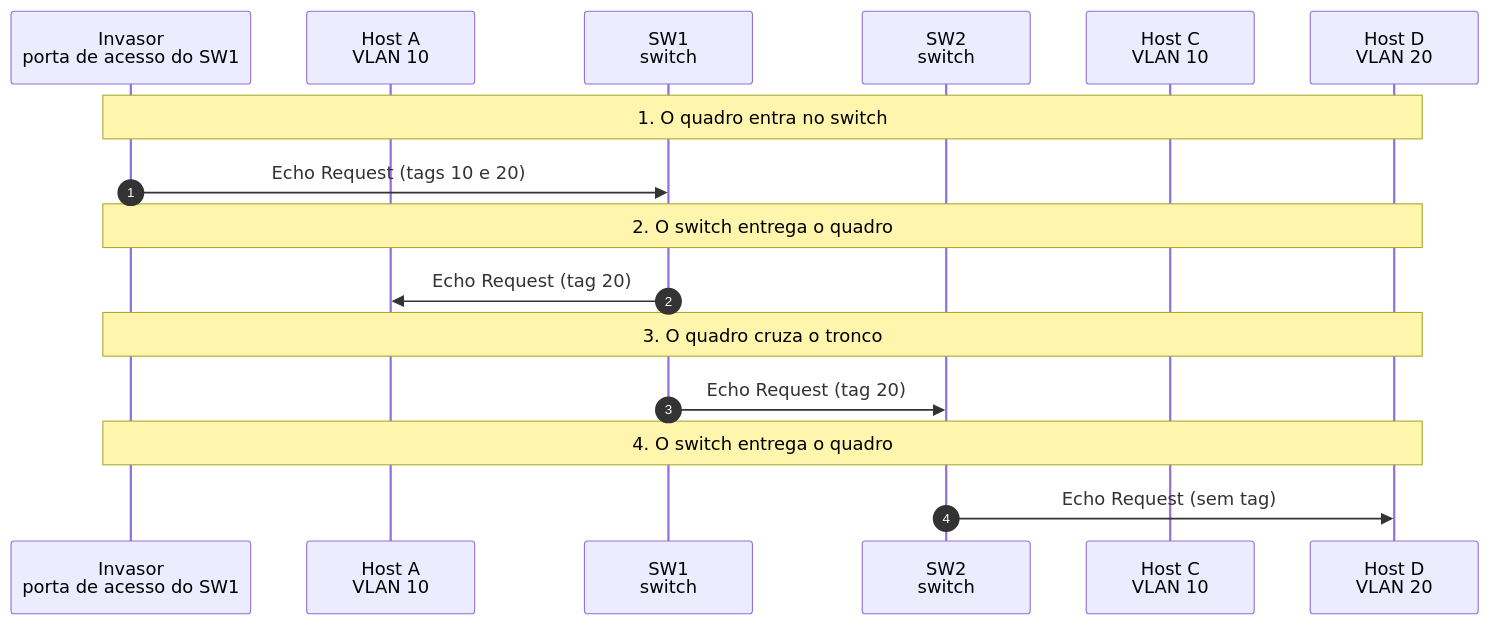
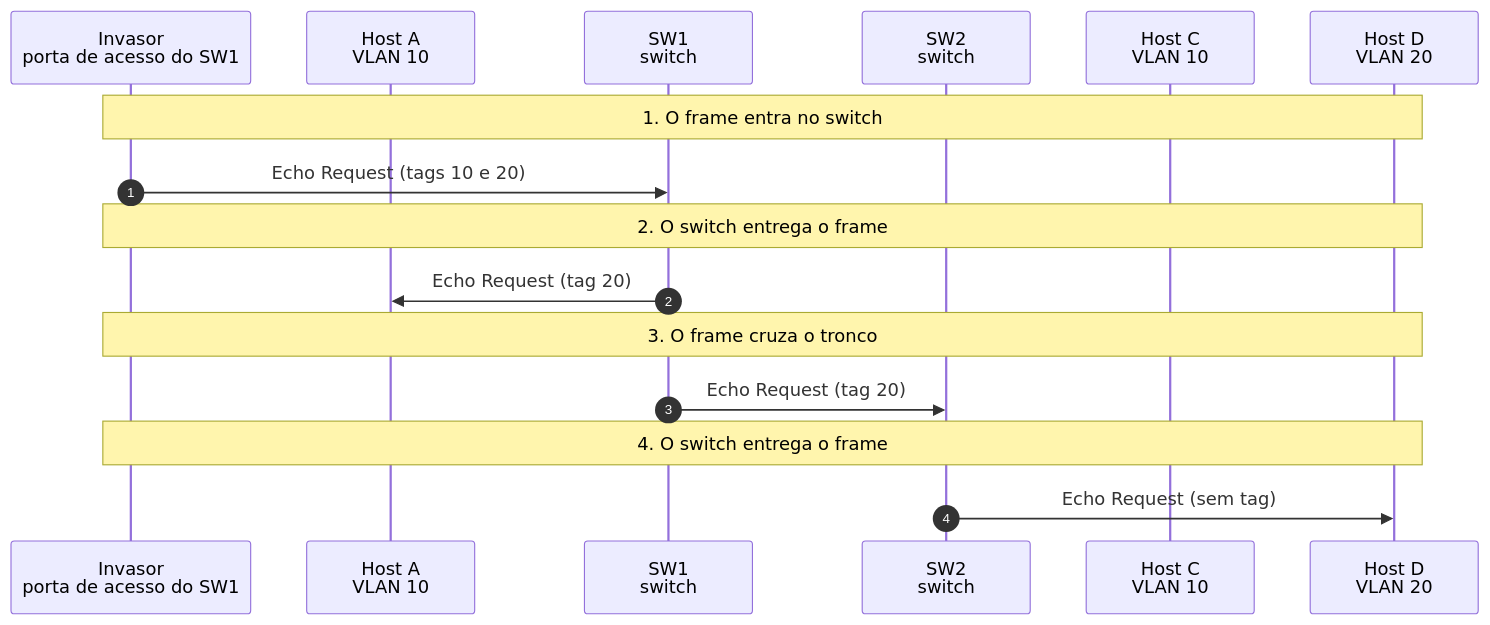
Diagram 28 of 29 in docs/simuladores/vlan.md (emanuel-bs/simul-net), drawn with Mermaid before and after one commit. The commit also changed other lines of this file and 96 other files, not shown here.

````diff
--- a/docs/simuladores/vlan.md
+++ b/docs/simuladores/vlan.md
@@ -1091,18 +1091,18 @@
 ```mermaid
 sequenceDiagram
   autonumber
   participant n_m as Invasor<br/>porta de acesso do SW1
   participant n_a as Host A<br/>VLAN 10
   participant n_sw1 as SW1<br/>switch
   participant n_sw2 as SW2<br/>switch
   participant n_c as Host C<br/>VLAN 10
   participant n_d as Host D<br/>VLAN 20
-  Note over n_m,n_d: 1. O quadro entra no switch
+  Note over n_m,n_d: 1. O frame entra no switch
   n_m ->> n_sw1: Echo Request (tags 10 e 20)
-  Note over n_m,n_d: 2. O switch entrega o quadro
+  Note over n_m,n_d: 2. O switch entrega o frame
   n_sw1 ->> n_a: Echo Request (tag 20)
-  Note over n_m,n_d: 3. O quadro cruza o tronco
+  Note over n_m,n_d: 3. O frame cruza o tronco
   n_sw1 ->> n_sw2: Echo Request (tag 20)
-  Note over n_m,n_d: 4. O switch entrega o quadro
+  Note over n_m,n_d: 4. O switch entrega o frame
   n_sw2 ->> n_d: Echo Request (sem tag)
 ```
````
